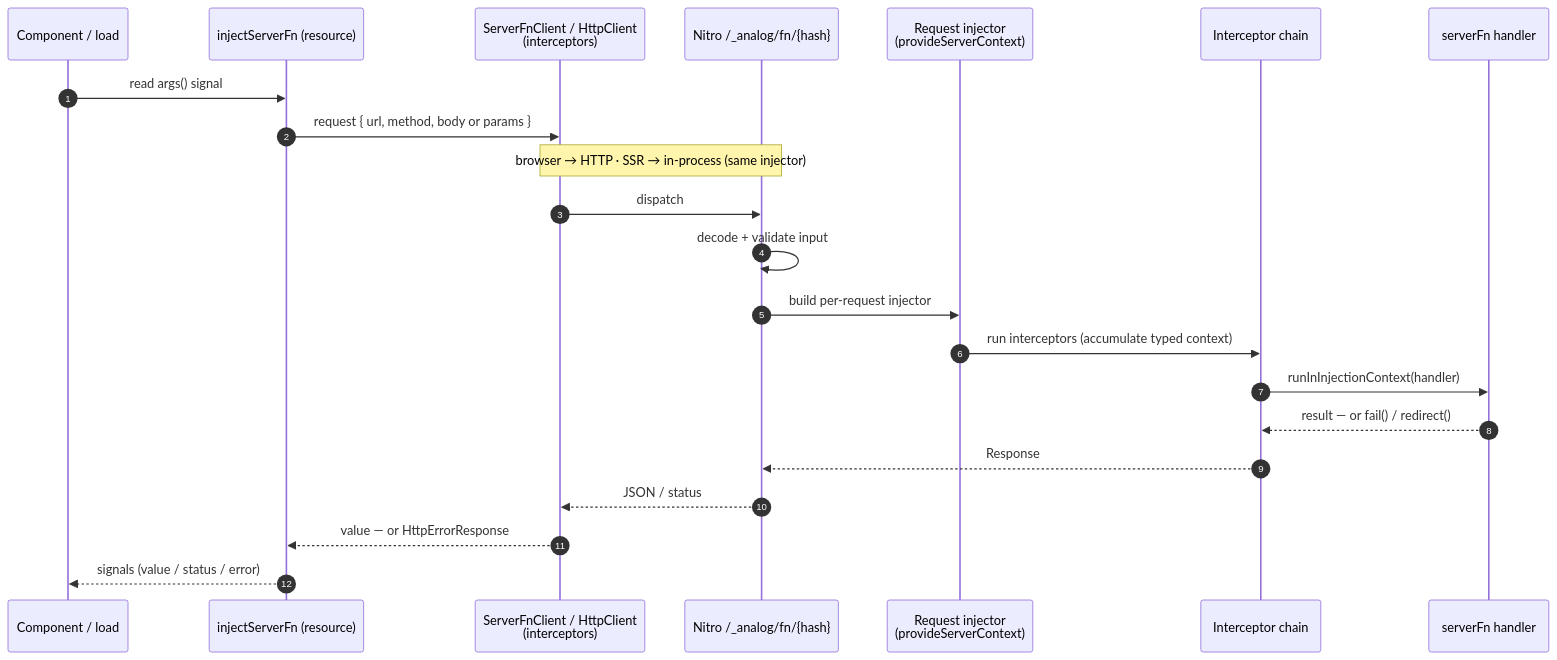
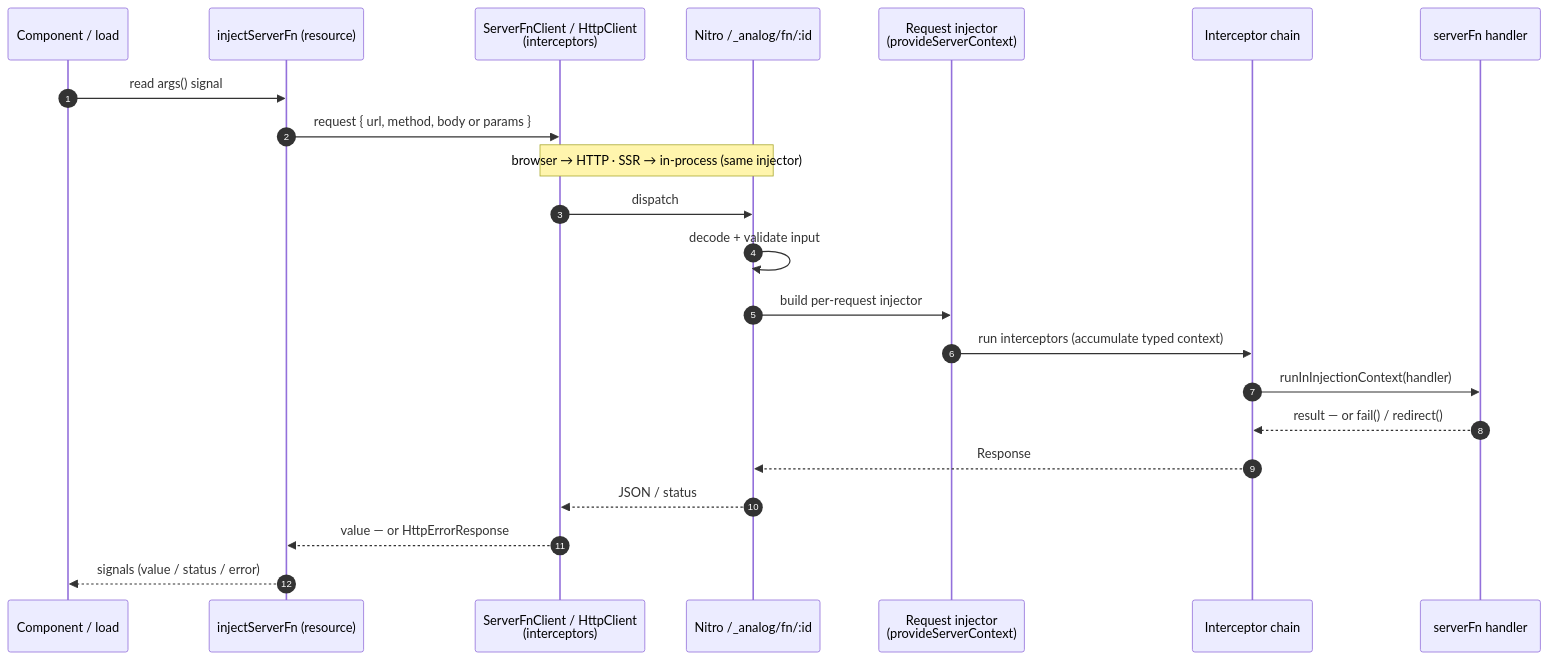
One commit to analogjs/analog changed the second of 2 diagrams in packages/router/server/RFC-server-functions.md. Above: the diagram before and after it, drawn with Mermaid. The commit also changed other lines of this file, not shown here.

````diff
--- a/packages/router/server/RFC-server-functions.md
+++ b/packages/router/server/RFC-server-functions.md
@@ -491,25 +504,25 @@
 ```mermaid
 sequenceDiagram
   autonumber
   participant Cmp as Component / load
   participant Res as injectServerFn (resource)
   participant Http as ServerFnClient / HttpClient<br/>(interceptors)
-  participant Ep as Nitro /_analog/fn/{hash}
+  participant Ep as Nitro /_analog/fn/:id
   participant Inj as Request injector<br/>(provideServerContext)
   participant Mw as Interceptor chain
   participant Fn as serverFn handler
 
   Cmp->>Res: read args() signal
   Res->>Http: request { url, method, body or params }
   Note over Http,Ep: browser → HTTP · SSR → in-process (same injector)
   Http->>Ep: dispatch
   Ep->>Ep: decode + validate input
   Ep->>Inj: build per-request injector
   Inj->>Mw: run interceptors (accumulate typed context)
   Mw->>Fn: runInInjectionContext(handler)
   Fn-->>Mw: result — or fail() / redirect()
   Mw-->>Ep: Response
   Ep-->>Http: JSON / status
   Http-->>Res: value — or HttpErrorResponse
   Res-->>Cmp: signals (value / status / error)
 ```
````
